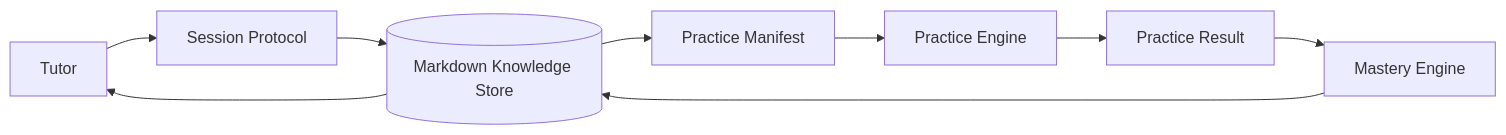
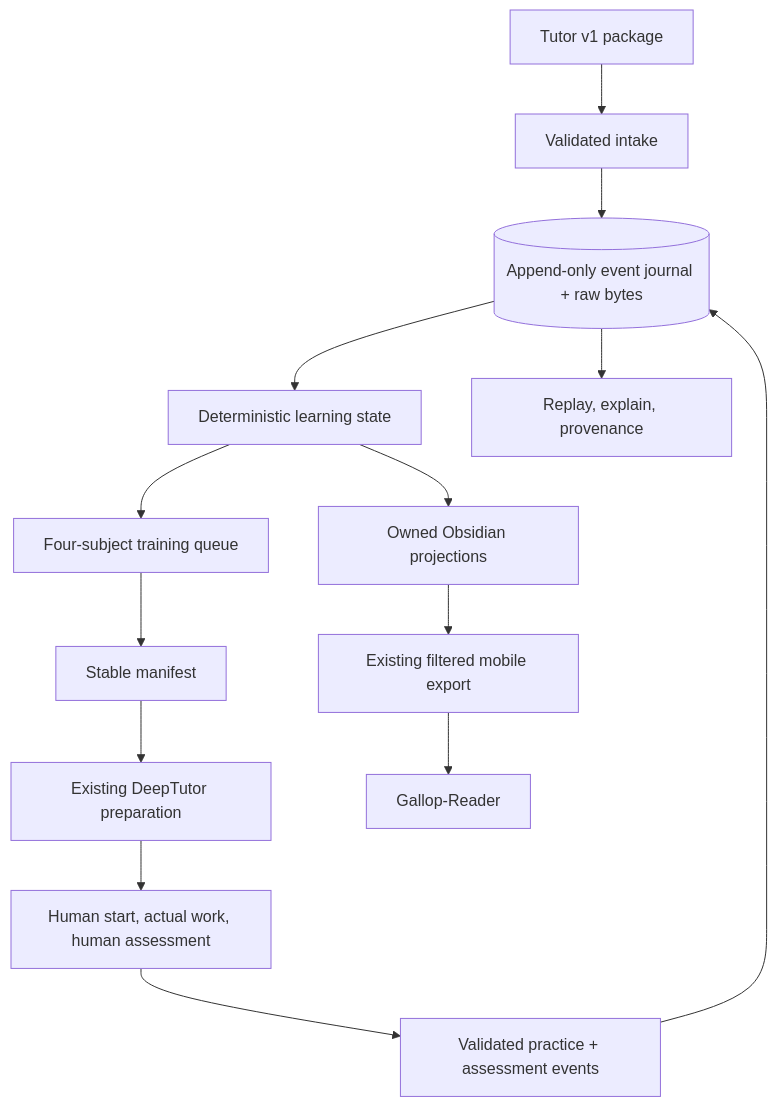
Before and after one commit to lucaschang2021/gallop: the diagram in docs/architecture.md, drawn with Mermaid. The commit also changed other lines of this file and 35 other files, not shown here.

````diff
--- a/docs/architecture.md
+++ b/docs/architecture.md
@@ -16,11 +6,16 @@
-```mermaid
-flowchart LR
-    T[Tutor] --> S[Session Protocol]
-    S --> K[(Markdown Knowledge Store)]
-    K --> M[Practice Manifest]
-    M --> P[Practice Engine]
-    P --> R[Practice Result]
-    R --> E[Mastery Engine]
-    E --> K
-    K --> T
-```
+~~~mermaid
+flowchart TD
+    T[Tutor v1 package] --> I[Validated intake]
+    I --> E[(Append-only event journal + raw bytes)]
+    E --> S[Deterministic learning state]
+    S --> Q[Four-subject training queue]
+    Q --> M[Stable manifest]
+    M --> D[Existing DeepTutor preparation]
+    D --> H[Human start, actual work, human assessment]
+    H --> R[Validated practice + assessment events]
+    R --> E
+    S --> V[Owned Obsidian projections]
+    V --> P[Existing filtered mobile export]
+    P --> G[Gallop-Reader]
+    E --> A[Replay, explain, provenance]
+~~~
````
